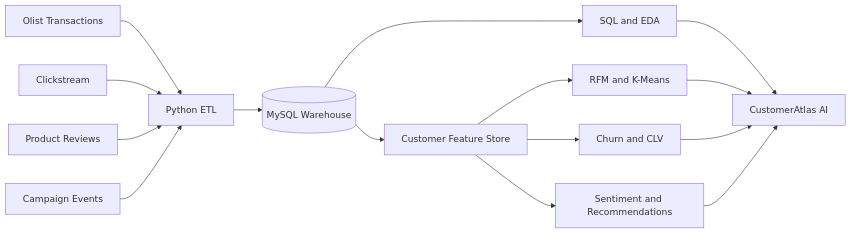
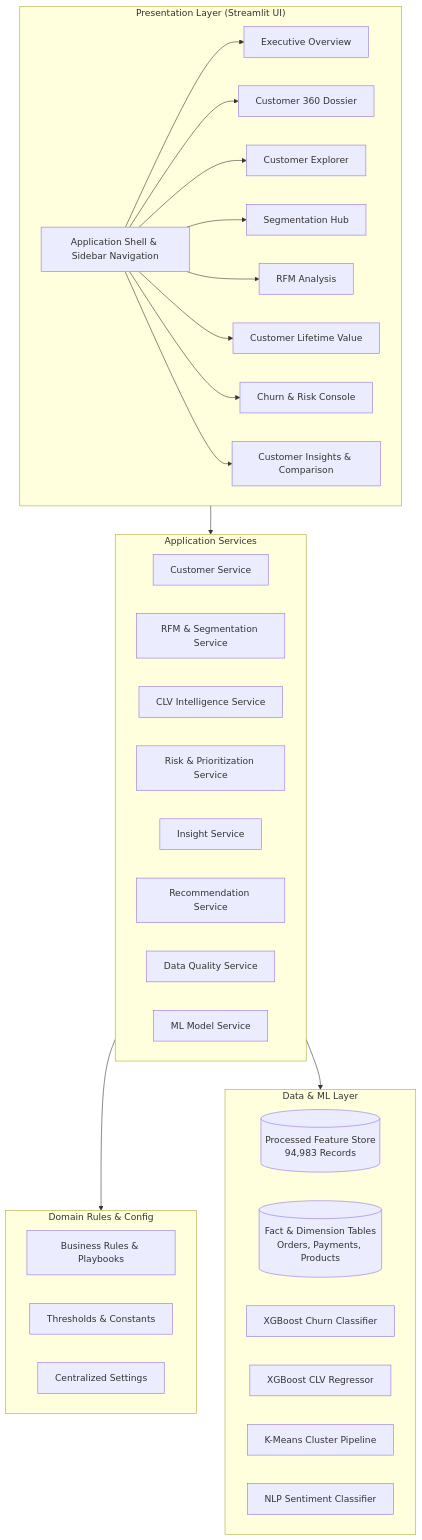
One commit to suhani-chauhan56/Customer-360-Intelligence-Platform changed the diagram in README.md. Above: the diagram before and after it, drawn with Mermaid. The commit also changed other lines of this file and 81 other files, not shown here.

Commit message:
feat: add Customer 360 Intelligence Streamlit application, services, datasets, and test suite

````diff
--- a/README.md
+++ b/README.md
@@ -30,17 +31,43 @@
 ```mermaid
-flowchart LR
-    A[Olist Transactions] --> E[Python ETL]
-    B[Clickstream] --> E
-    C[Product Reviews] --> E
-    D[Campaign Events] --> E
-    E --> F[(MySQL Warehouse)]
-    F --> G[SQL and EDA]
-    F --> H[Customer Feature Store]
-    H --> I[RFM and K-Means]
-    H --> J[Churn and CLV]
-    H --> K[Sentiment and Recommendations]
-    G --> L[CustomerAtlas AI]
-    I --> L
-    J --> L
-    K --> L
+flowchart TD
+    subgraph PresentationLayer["Presentation Layer (Streamlit UI)"]
+        A[Application Shell & Sidebar Navigation] --> B[Executive Overview]
+        A --> C[Customer 360 Dossier]
+        A --> D[Customer Explorer]
+        A --> E[Segmentation Hub]
+        A --> F[RFM Analysis]
+        A --> G[Customer Lifetime Value]
+        A --> H[Churn & Risk Console]
+        A --> I[Customer Insights & Comparison]
+    end
+
+    subgraph ApplicationLayer["Application Services"]
+        S1[Customer Service]
+        S2[RFM & Segmentation Service]
+        S3[CLV Intelligence Service]
+        S4[Risk & Prioritization Service]
+        S5[Insight Service]
+        S6[Recommendation Service]
+        S7[Data Quality Service]
+        S8[ML Model Service]
+    end
+
+    subgraph DomainLayer["Domain Rules & Config"]
+        R1[Business Rules & Playbooks]
+        R2[Thresholds & Constants]
+        R3[Centralized Settings]
+    end
+
+    subgraph DataMLLayer["Data & ML Layer"]
+        D1[(Processed Feature Store\n94,983 Records)]
+        D2[(Fact & Dimension Tables\nOrders, Payments, Products)]
+        M1[XGBoost Churn Classifier]
+        M2[XGBoost CLV Regressor]
+        M3[K-Means Cluster Pipeline]
+        M4[NLP Sentiment Classifier]
+    end
+
+    PresentationLayer --> ApplicationLayer
+    ApplicationLayer --> DomainLayer
+    ApplicationLayer --> DataMLLayer
 ```
````
